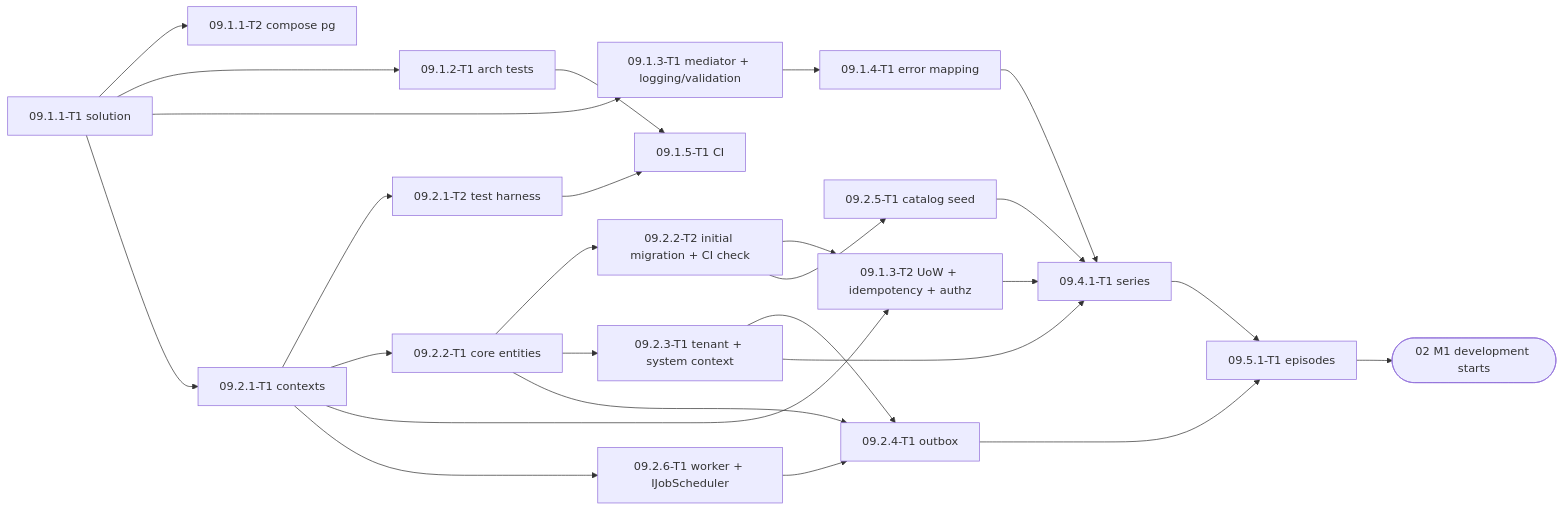
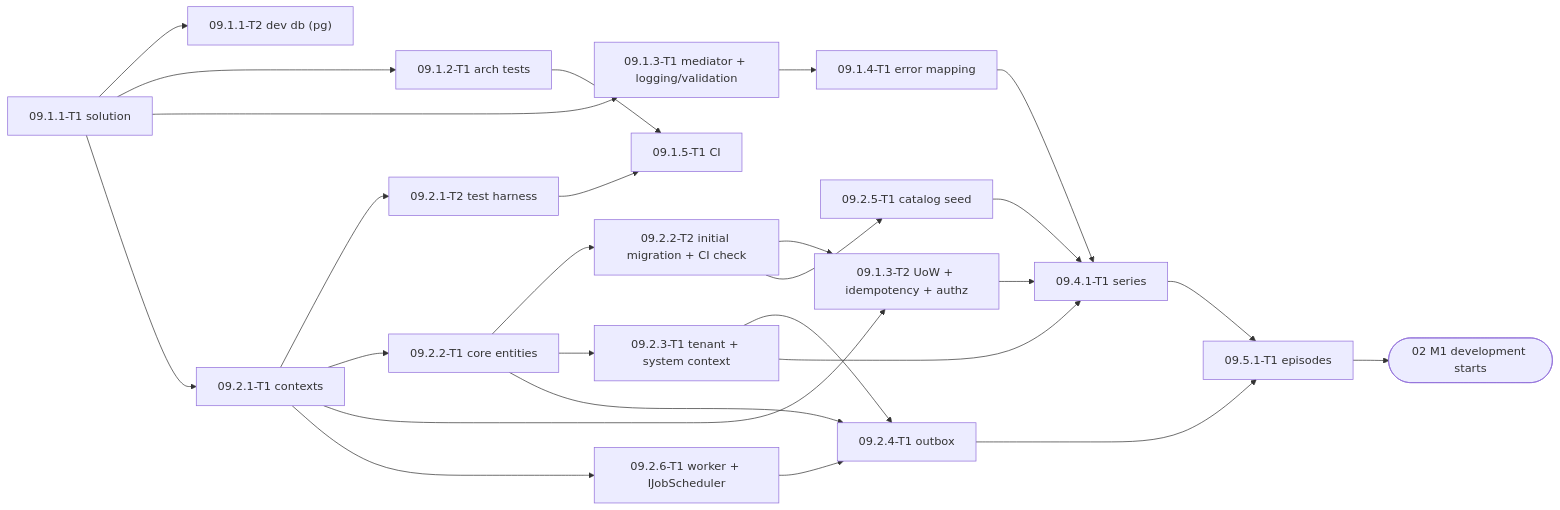
Before and after one commit to anglesen1120/NightTalesStudio: the first of 2 diagrams in plans/features/09-backend-api/README.md, drawn with Mermaid. The commit also changed other lines of this file and 182 other files, not shown here.

````diff
--- a/plans/features/09-backend-api/README.md
+++ b/plans/features/09-backend-api/README.md
@@ -371,28 +370,28 @@
 ```mermaid
 flowchart LR
-  S1["09.1.1-T1 solution"] --> S2["09.1.1-T2 compose pg"]
+  S1["09.1.1-T1 solution"] --> S2["09.1.1-T2 dev db (pg)"]
   S1 --> A["09.1.2-T1 arch tests"]
   S1 --> M1["09.1.3-T1 mediator + logging/validation"]
   M1 --> E["09.1.4-T1 error mapping"]
   S1 --> C1["09.2.1-T1 contexts"]
   C1 --> H["09.2.1-T2 test harness"]
   C1 --> K["09.2.2-T1 core entities"]
   K --> MG["09.2.2-T2 initial migration + CI check"]
   C1 --> M2["09.1.3-T2 UoW + idempotency + authz"]
   MG --> M2
   K --> TN["09.2.3-T1 tenant + system context"]
   C1 --> W["09.2.6-T1 worker + IJobScheduler"]
   K --> OB["09.2.4-T1 outbox"]
   W --> OB
   TN --> OB
   MG --> SD["09.2.5-T1 catalog seed"]
   A --> CI["09.1.5-T1 CI"]
   H --> CI
   M2 --> SE["09.4.1-T1 series"]
   TN --> SE
   SD --> SE
   E --> SE
   SE --> EP["09.5.1-T1 episodes"]
   OB --> EP
   EP --> O2(["02 M1 development starts"])
 ```
````
